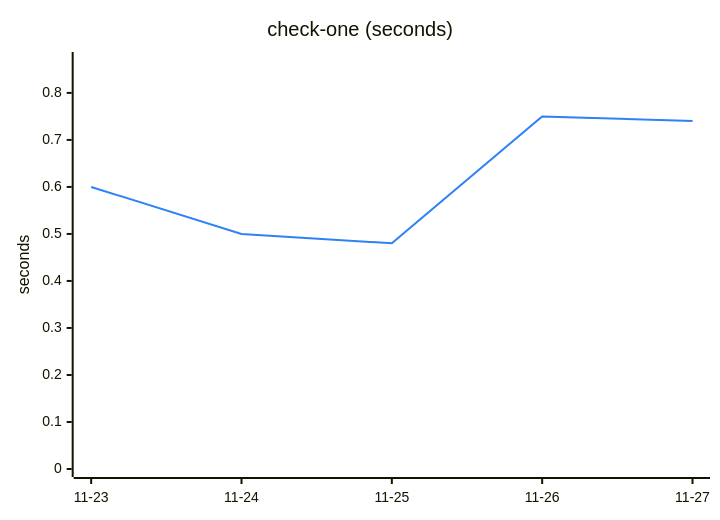
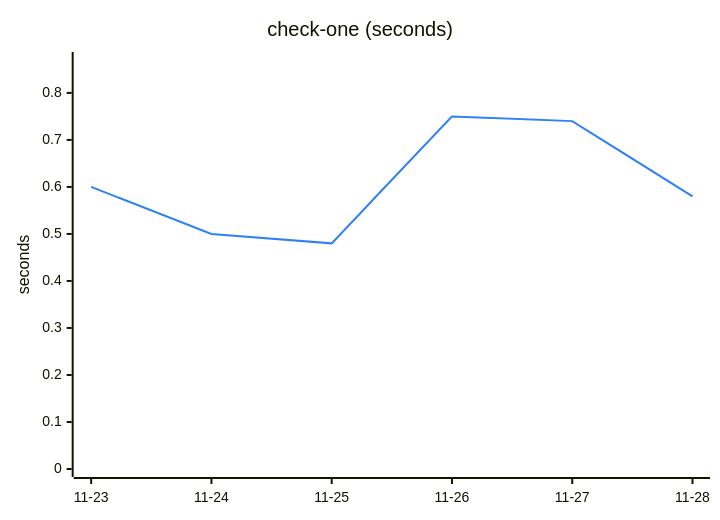
Before and after one commit to engalar/mxcli: the fourth of 6 diagrams in TREND.md, drawn with Mermaid. The commit also changed other lines of this file and 2 other files, not shown here.

````diff
--- a/TREND.md
+++ b/TREND.md
@@ -97,13 +97,13 @@
 ```mermaid
 ---
 config:
   themeVariables:
     xyChart:
       plotColorPalette: "#2f81f7"
 ---
 xychart-beta
     title "check-one (seconds)"
-    x-axis ["11-23", "11-24", "11-25", "11-26", "11-27"]
+    x-axis ["11-23", "11-24", "11-25", "11-26", "11-27", "11-28"]
     y-axis "seconds" 0 --> 0.87
-    line [0.60, 0.50, 0.48, 0.75, 0.74]
+    line [0.60, 0.50, 0.48, 0.75, 0.74, 0.58]
 ```
````
